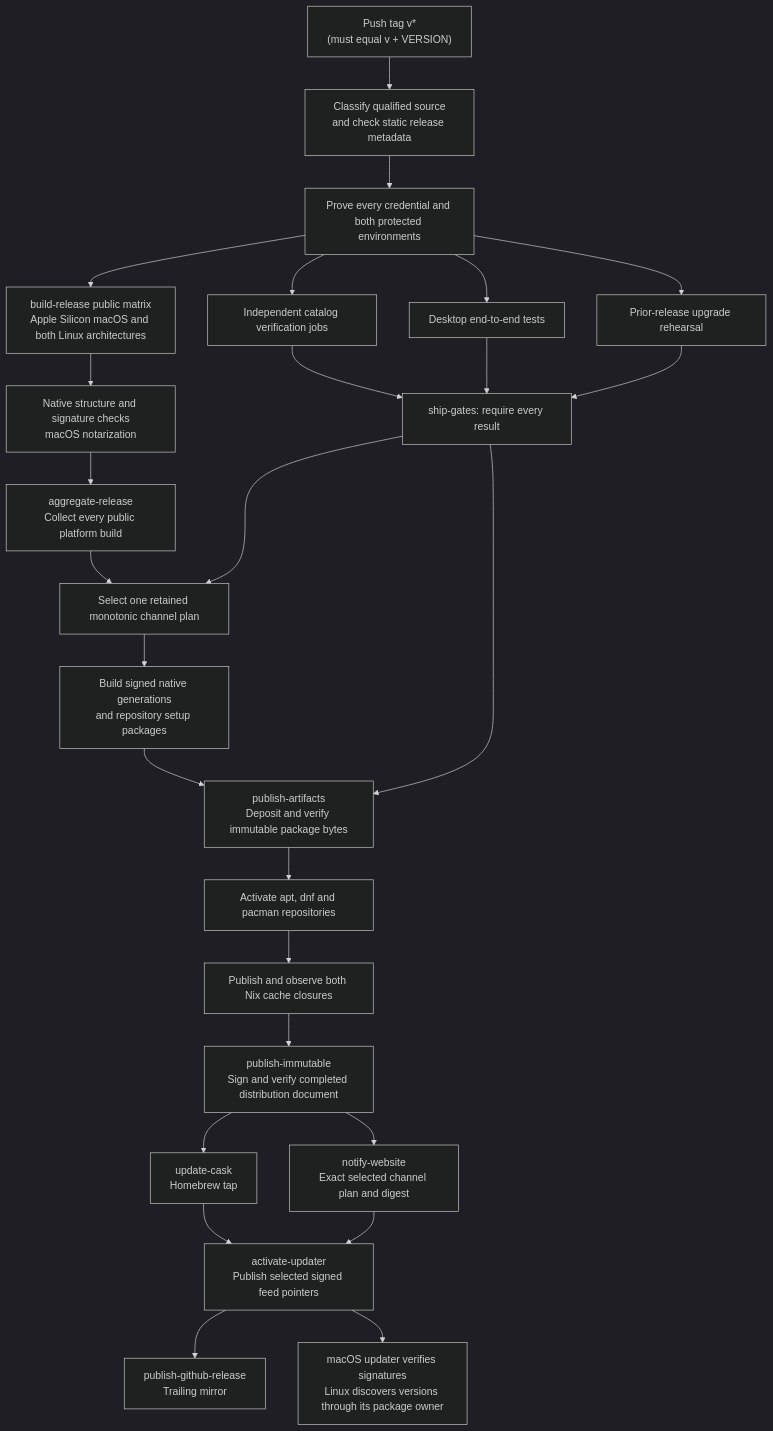
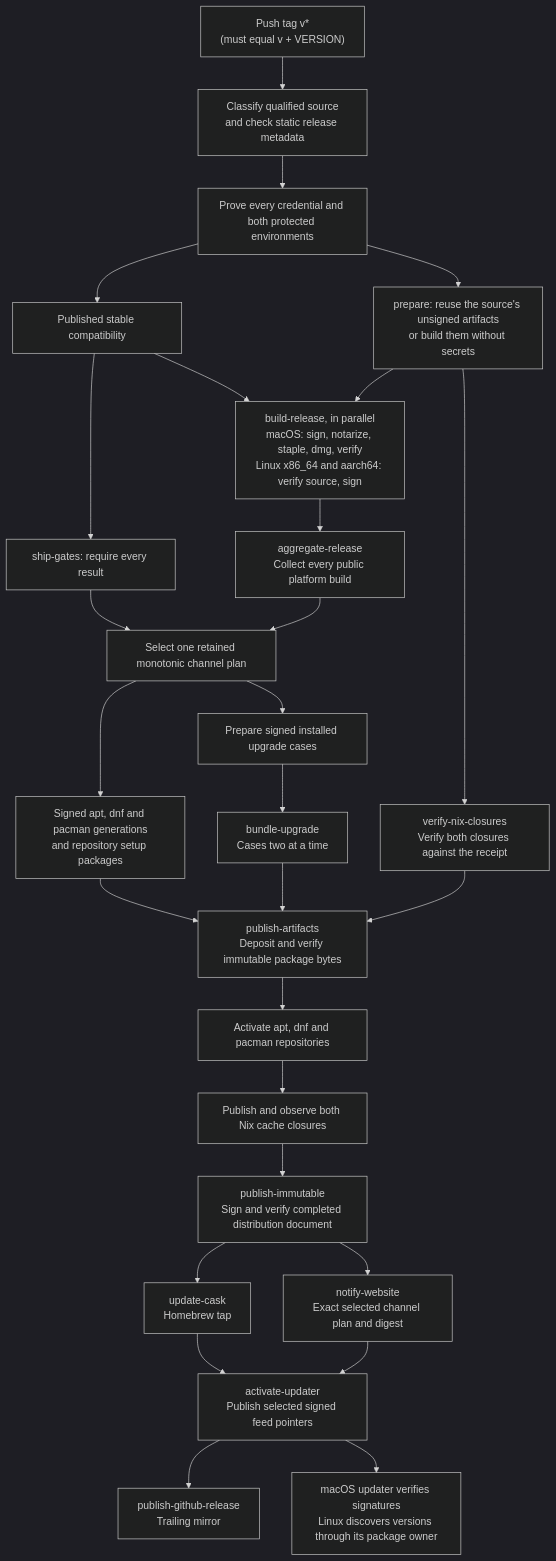
The diagram in docs/dev-tasks.md (paintedwolf-ai/paintedwolf-code), drawn with Mermaid (dark theme) before and after one commit. The commit also changed other lines of this file and 2913 other files, not shown here.

````diff
--- a/docs/dev-tasks.md
+++ b/docs/dev-tasks.md
@@ -1134,28 +1163,29 @@
 ```mermaid
 flowchart TD
     tag["Push tag v*<br/>(must equal v + VERSION)"] --> classify["Classify qualified source<br/>and check static release metadata"]
     classify --> probe["Prove every credential and both protected environments"]
-    probe --> checks["Independent catalog verification jobs"]
-    probe --> desktop["Desktop end-to-end tests"]
-    probe --> upgrade["Prior-release upgrade rehearsal"]
-    checks --> gates["ship-gates: require every result"]
-    desktop --> gates
-    upgrade --> gates
-    probe --> build["build-release public matrix<br/>Apple Silicon macOS and both Linux architectures"]
-    build --> verify["Native structure and signature checks<br/>macOS notarization"]
-    verify --> aggregate["aggregate-release<br/>Collect every public platform build"]
+    probe --> compat["Published stable compatibility"]
+    probe --> prepare["prepare: reuse the source's unsigned artifacts<br/>or build them without secrets"]
+    compat --> gates["ship-gates: require every result"]
+    prepare --> sign["build-release, in parallel<br/>macOS: sign, notarize, staple, dmg, verify<br/>Linux x86_64 and aarch64: verify source, sign"]
+    compat --> sign
+    prepare --> nix["verify-nix-closures<br/>Verify both closures against the receipt"]
+    sign --> aggregate["aggregate-release<br/>Collect every public platform build"]
     aggregate --> plan["Select one retained monotonic channel plan"]
     gates --> plan
-    plan --> setup["Build signed native generations<br/>and repository setup packages"]
-    setup --> deposit["publish-artifacts<br/>Deposit and verify immutable package bytes"]
-    gates --> deposit
+    plan --> repos["Signed apt, dnf and pacman generations<br/>and repository setup packages"]
+    plan --> cases["Prepare signed installed upgrade cases"]
+    cases --> upgrade["bundle-upgrade<br/>Cases two at a time"]
+    repos --> deposit["publish-artifacts<br/>Deposit and verify immutable package bytes"]
+    upgrade --> deposit
+    nix --> deposit
     deposit --> native["Activate apt, dnf and pacman repositories"]
-    native --> nix["Publish and observe both Nix cache closures"]
-    nix --> document["publish-immutable<br/>Sign and verify completed distribution document"]
+    native --> cache["Publish and observe both Nix cache closures"]
+    cache --> document["publish-immutable<br/>Sign and verify completed distribution document"]
     document --> cask["update-cask<br/>Homebrew tap"]
     document --> website["notify-website<br/>Exact selected channel plan and digest"]
     cask --> updater["activate-updater<br/>Publish selected signed feed pointers"]
     website --> updater
     updater --> mirror["publish-github-release<br/>Trailing mirror"]
     updater --> clients["macOS updater verifies signatures<br/>Linux discovers versions through its package owner"]
 ```
````
